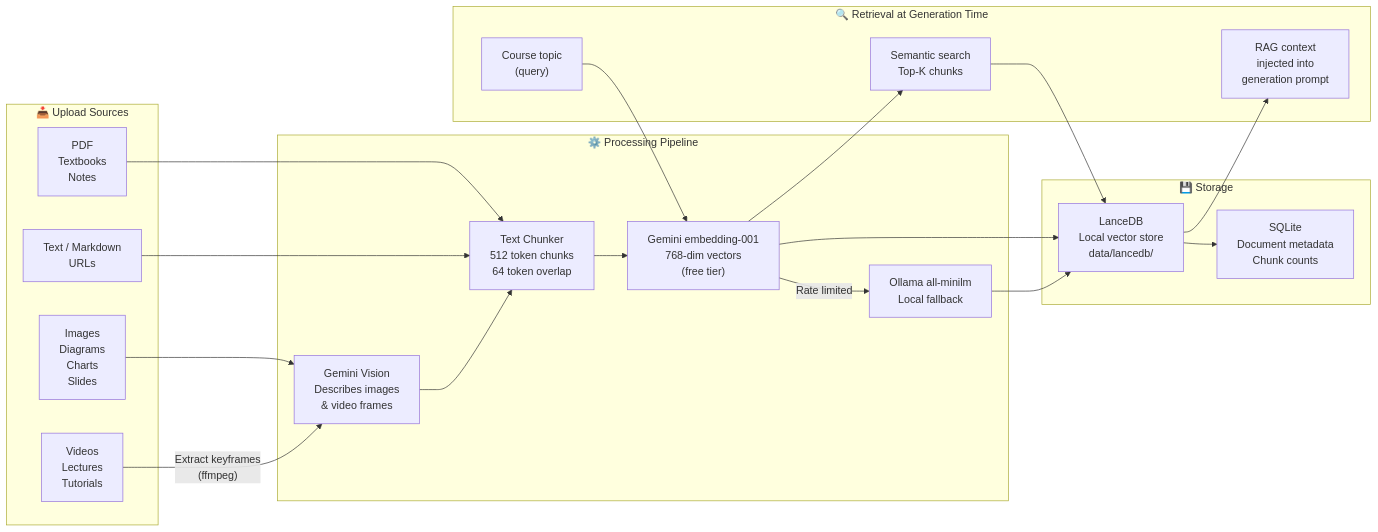
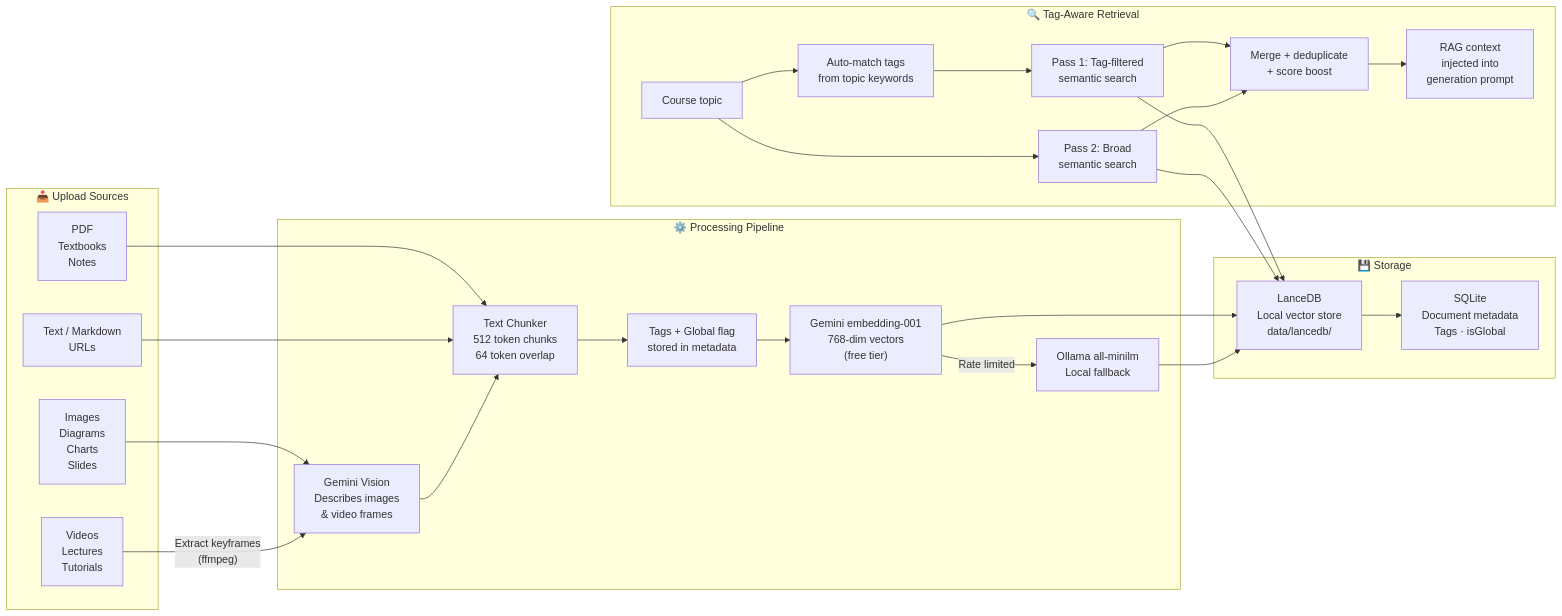
One commit to gargravish/NeoAcademy changed the third of 3 diagrams in README.md. Above: the diagram before and after it, drawn with Mermaid. The commit also changed other lines of this file and 11 other files, not shown here.

First line of the commit message:
feat: add knowledge base tagging, global docs, and auto-fetch during generation

````diff
--- a/README.md
+++ b/README.md
@@ -135,43 +136,52 @@
 ```mermaid
 flowchart LR
     subgraph Input["📥 Upload Sources"]
         PDF["PDF\nTextbooks\nNotes"]
         IMG["Images\nDiagrams\nCharts\nSlides"]
         VID["Videos\nLectures\nTutorials"]
         TXT["Text / Markdown\nURLs"]
     end
 
     subgraph Processing["⚙️ Processing Pipeline"]
         CHUNK["Text Chunker\n512 token chunks\n64 token overlap"]
         VISION["Gemini Vision\nDescribes images\n& video frames"]
         EMBED["Gemini embedding-001\n768-dim vectors\n(free tier)"]
         FALLBACK["Ollama all-minilm\nLocal fallback"]
+        TAGS["Tags + Global flag\nstored in metadata"]
     end
 
     subgraph Storage["💾 Storage"]
         LANCE["LanceDB\nLocal vector store\ndata/lancedb/"]
-        SQLITE["SQLite\nDocument metadata\nChunk counts"]
+        SQLITE["SQLite\nDocument metadata\nTags · isGlobal"]
     end
 
-    subgraph Retrieval["🔍 Retrieval at Generation Time"]
-        QUERY["Course topic\n(query)"]
-        SEARCH["Semantic search\nTop-K chunks"]
+    subgraph Retrieval["🔍 Tag-Aware Retrieval"]
+        TOPIC["Course topic"]
+        MATCH["Auto-match tags\nfrom topic keywords"]
+        SEARCH1["Pass 1: Tag-filtered\nsemantic search"]
+        SEARCH2["Pass 2: Broad\nsemantic search"]
+        MERGE["Merge + deduplicate\n+ score boost"]
         CONTEXT["RAG context\ninjected into\ngeneration prompt"]
     end
 
     PDF --> CHUNK
     TXT --> CHUNK
     IMG --> VISION --> CHUNK
     VID -->|"Extract keyframes\n(ffmpeg)"| VISION
 
-    CHUNK --> EMBED
+    CHUNK --> TAGS
+    TAGS --> EMBED
     EMBED -->|"Rate limited"| FALLBACK
     EMBED --> LANCE
     FALLBACK --> LANCE
     LANCE --> SQLITE
 
-    QUERY --> EMBED
-    EMBED --> SEARCH
-    SEARCH --> LANCE
-    LANCE --> CONTEXT
+    TOPIC --> MATCH
+    MATCH --> SEARCH1
+    TOPIC --> SEARCH2
+    SEARCH1 --> LANCE
+    SEARCH2 --> LANCE
+    SEARCH1 --> MERGE
+    SEARCH2 --> MERGE
+    MERGE --> CONTEXT
 ```
````
